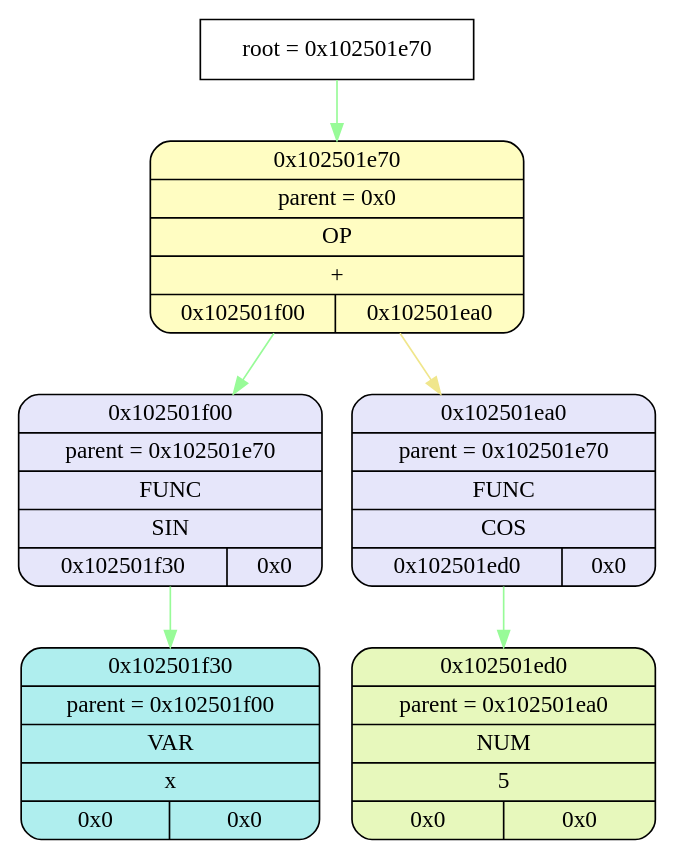
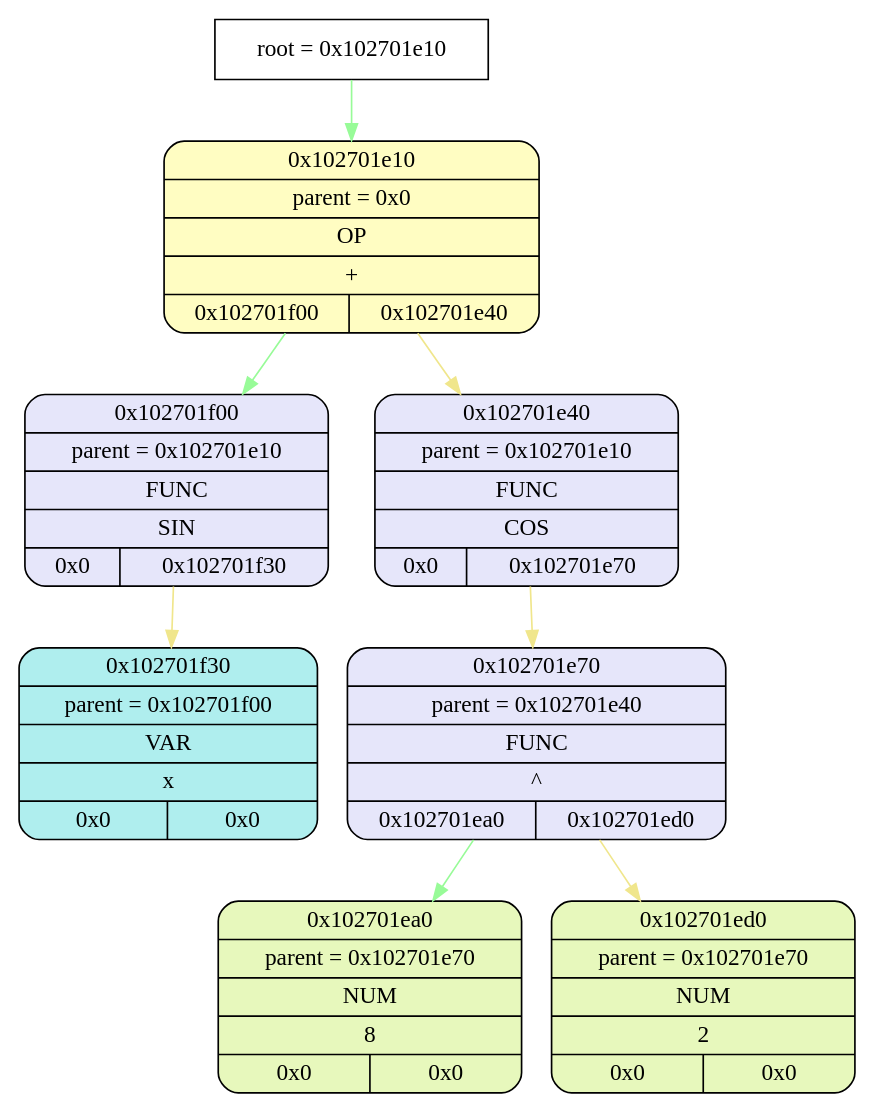
The diagram in tmp/graphviz.dot (esgalimov/differentiator), drawn with Graphviz before and after one commit. The commit also changed 11 other files, not shown here.

```diff
--- a/tmp/graphviz.dot
+++ b/tmp/graphviz.dot
@@ -1,20 +1,26 @@
 digraph
 {
-    node_info[shape = record, label = "{root = 0x102501e70}"];
+    node_info[shape = record, label = "{root = 0x102701e10}"];
 
-    node_info->node_0x102501e70 [color = "#98FB98"];
-    node_0x102501e70[shape = Mrecord, label = "{{0x102501e70} | {parent =  0x0} | {OP} | {+} | {0x102501f00 | 0x102501ea0}}",
+    node_info->node_0x102701e10 [color = "#98FB98"];
+    node_0x102701e10[shape = Mrecord, label = "{{0x102701e10} | {parent =  0x0} | {OP} | {+} | {0x102701f00 | 0x102701e40}}",
                 style="filled", fillcolor="#FFFDC2"];
-    node_0x102501f00[shape = Mrecord, label = "{{0x102501f00} | {parent =  0x102501e70} | {FUNC} | {SIN} | {0x102501f30 | 0x0}}",
+    node_0x102701f00[shape = Mrecord, label = "{{0x102701f00} | {parent =  0x102701e10} | {FUNC} | {SIN} | {0x0 | 0x102701f30}}",
                 style="filled", fillcolor="#E6E6FA"];
-    node_0x102501f30[shape = Mrecord, label = "{{0x102501f30} | {parent =  0x102501f00} | {VAR} | {x} | {0x0 | 0x0}}",
+    node_0x102701f30[shape = Mrecord, label = "{{0x102701f30} | {parent =  0x102701f00} | {VAR} | {x} | {0x0 | 0x0}}",
                 style="filled", fillcolor="#AFEEEE"];
-    node_0x102501ea0[shape = Mrecord, label = "{{0x102501ea0} | {parent =  0x102501e70} | {FUNC} | {COS} | {0x102501ed0 | 0x0}}",
+    node_0x102701e40[shape = Mrecord, label = "{{0x102701e40} | {parent =  0x102701e10} | {FUNC} | {COS} | {0x0 | 0x102701e70}}",
                 style="filled", fillcolor="#E6E6FA"];
-    node_0x102501ed0[shape = Mrecord, label = "{{0x102501ed0} | {parent =  0x102501ea0} | {NUM} | {5} | {0x0 | 0x0}}",
+    node_0x102701e70[shape = Mrecord, label = "{{0x102701e70} | {parent =  0x102701e40} | {FUNC} | {^} | {0x102701ea0 | 0x102701ed0}}",
+                style="filled", fillcolor="#E6E6FA"];
+    node_0x102701ea0[shape = Mrecord, label = "{{0x102701ea0} | {parent =  0x102701e70} | {NUM} | {8} | {0x0 | 0x0}}",
                 style="filled", fillcolor="#E7F8BC"];
-    node_0x102501e70->node_0x102501f00 [color = "#98FB98"];
-    node_0x102501f00->node_0x102501f30 [color = "#98FB98"];
-    node_0x102501e70->node_0x102501ea0 [color = "#F0E68C"];
-    node_0x102501ea0->node_0x102501ed0 [color = "#98FB98"];
+    node_0x102701ed0[shape = Mrecord, label = "{{0x102701ed0} | {parent =  0x102701e70} | {NUM} | {2} | {0x0 | 0x0}}",
+                style="filled", fillcolor="#E7F8BC"];
+    node_0x102701e10->node_0x102701f00 [color = "#98FB98"];
+    node_0x102701f00->node_0x102701f30 [color = "#F0E68C"];
+    node_0x102701e10->node_0x102701e40 [color = "#F0E68C"];
+    node_0x102701e40->node_0x102701e70 [color = "#F0E68C"];
+    node_0x102701e70->node_0x102701ea0 [color = "#98FB98"];
+    node_0x102701e70->node_0x102701ed0 [color = "#F0E68C"];
 }
```
